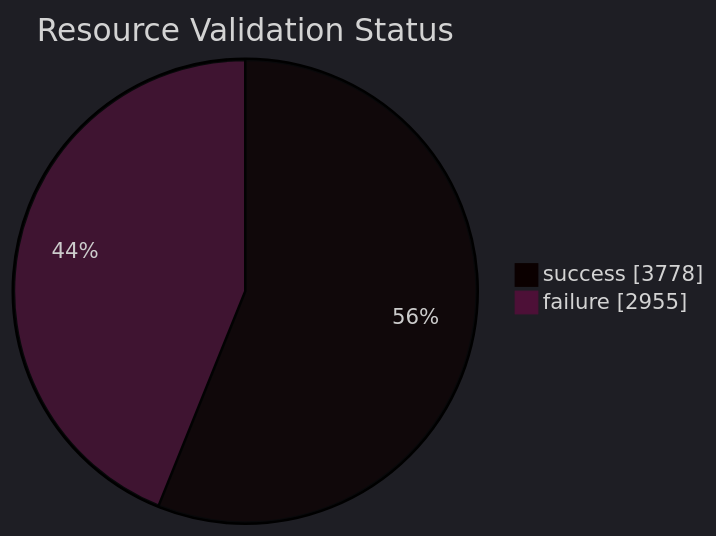
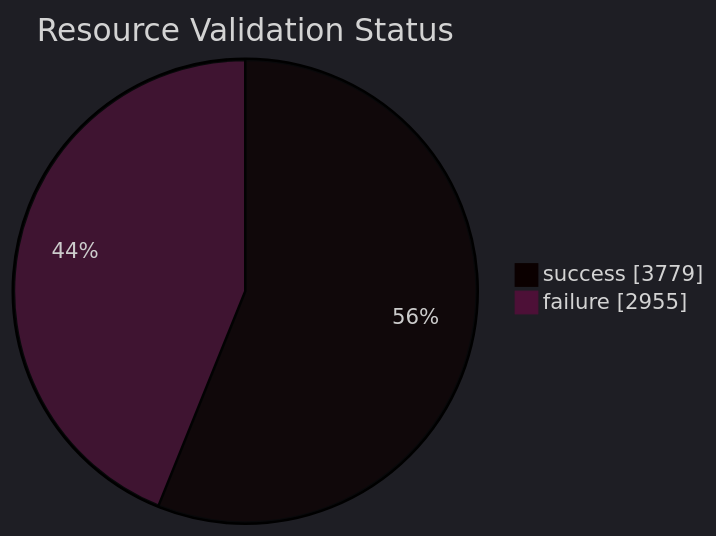
One commit to open-data/analytics-corporate-reporting changed the diagram in datastore_tracker/resource_validation_status_pie_chart.md. Above: the diagram before and after it, drawn with Mermaid. The commit also changed 9 other files, not shown here.

````diff
--- a/datastore_tracker/resource_validation_status_pie_chart.md
+++ b/datastore_tracker/resource_validation_status_pie_chart.md
@@ -2,9 +2,9 @@
 ```mermaid
 ---
 config:
   theme: dark
 ---
 pie showData title Resource Validation Status
-    "success": 3778
+    "success": 3779
     "failure": 2955
 ```
````
